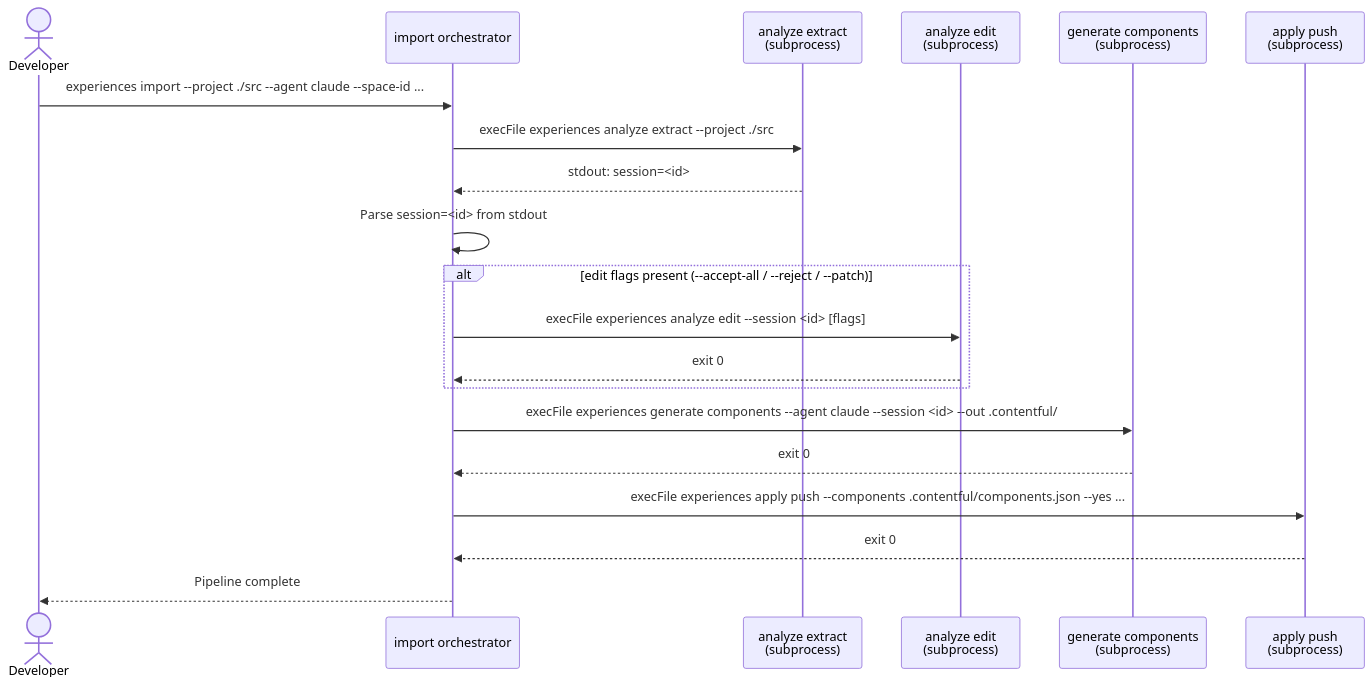
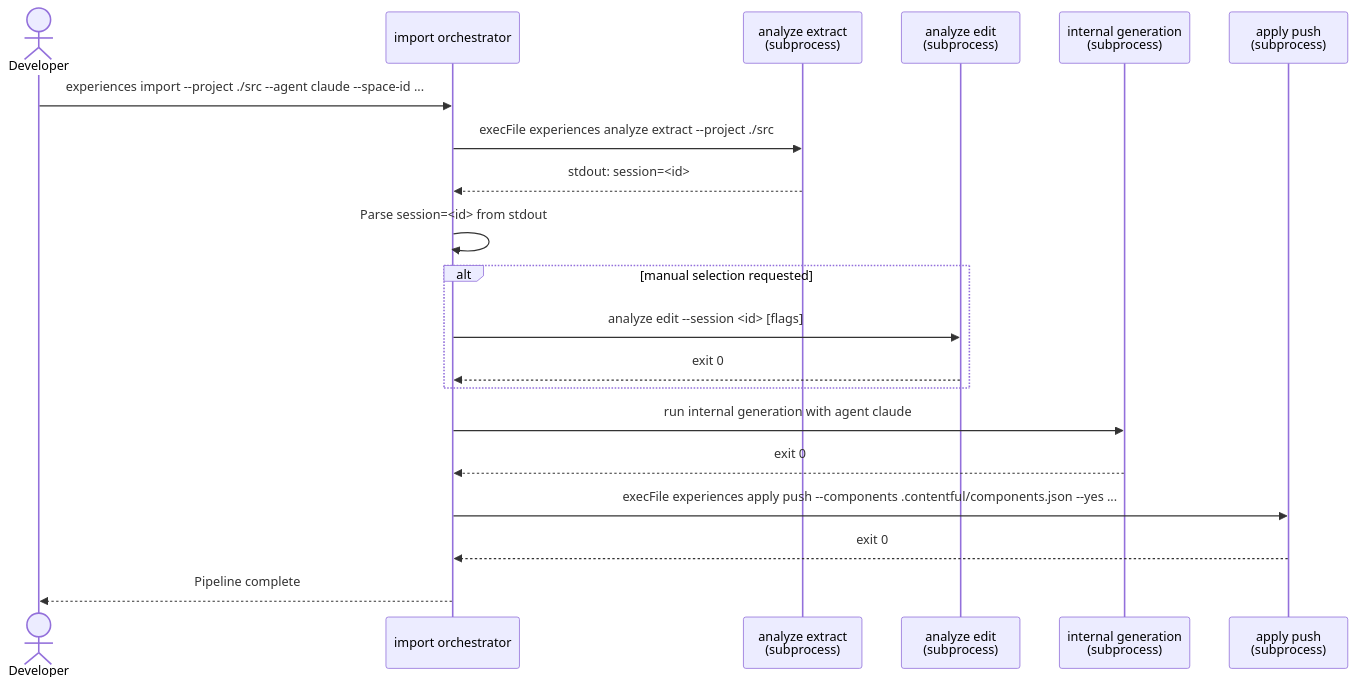
Before and after one commit to contentful/experience-design-system-sdk-public: the third of 3 diagrams in ARCHITECTURE.md, drawn with Mermaid. The commit also changed other lines of this file and 4 other files, not shown here.

````diff
--- a/ARCHITECTURE.md
+++ b/ARCHITECTURE.md
@@ -376,28 +374,28 @@
 ```mermaid
 sequenceDiagram
     actor Dev as Developer
     participant Orch as import orchestrator
     participant AE as analyze extract<br/>(subprocess)
     participant AnEdit as analyze edit<br/>(subprocess)
-    participant GC as generate components<br/>(subprocess)
+    participant GC as internal generation<br/>(subprocess)
     participant AP as apply push<br/>(subprocess)
 
     Dev->>Orch: experiences import --project ./src --agent claude --space-id ...
 
     Orch->>AE: execFile experiences analyze extract --project ./src
     AE-->>Orch: stdout: session=<id>
     Orch->>Orch: Parse session=<id> from stdout
 
-    alt edit flags present (--accept-all / --reject / --patch)
-        Orch->>AnEdit: execFile experiences analyze edit --session <id> [flags]
+    alt manual selection requested
+        Orch->>AnEdit: analyze edit --session <id> [flags]
         AnEdit-->>Orch: exit 0
     end
 
-    Orch->>GC: execFile experiences generate components --agent claude --session <id> --out .contentful/
+    Orch->>GC: run internal generation with agent claude
     GC-->>Orch: exit 0
 
     Orch->>AP: execFile experiences apply push --components .contentful/components.json --yes ...
     AP-->>Orch: exit 0
 
     Orch-->>Dev: Pipeline complete
 ```
````
